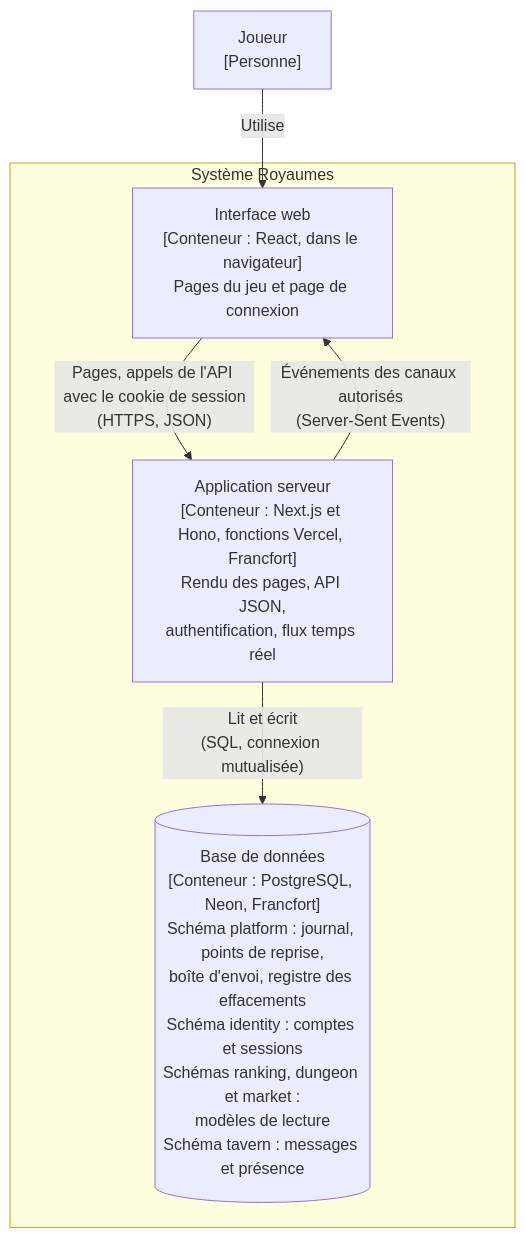
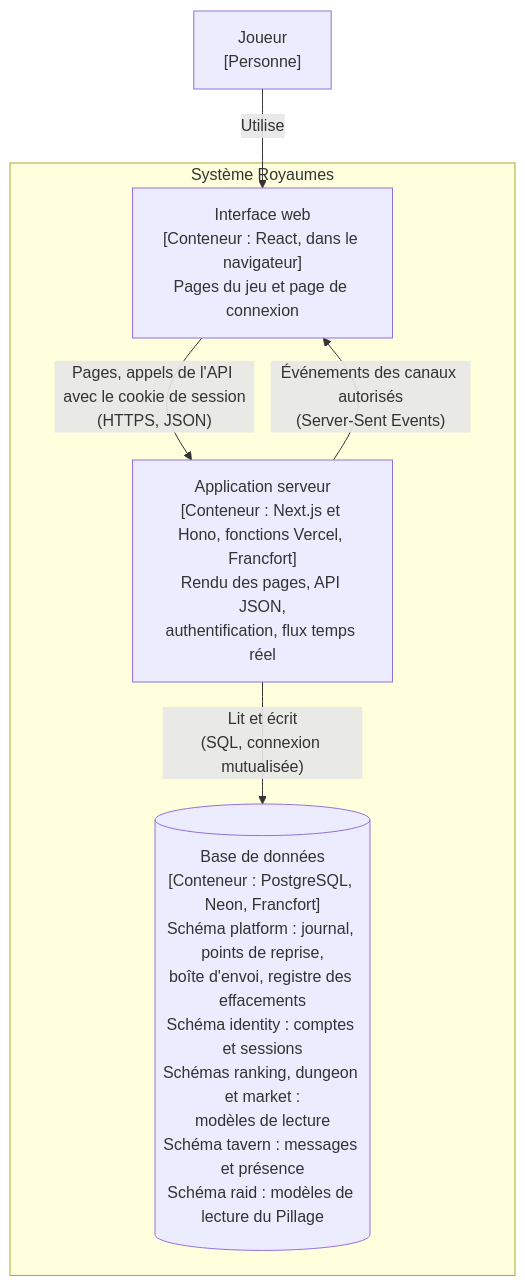
One commit to Samp83/Royaumes-Sami changed the second of 6 diagrams in docs/architecture.md. Above: the diagram before and after it, drawn with Mermaid. The commit also changed other lines of this file and 1 other file, not shown here.

Commit message:
docs: mettre à jour la documentation du Pillage

````diff
--- a/docs/architecture.md
+++ b/docs/architecture.md
@@ -25,13 +25,13 @@
 ```mermaid
 flowchart TB
   joueur["Joueur<br/>[Personne]"]
   subgraph royaumes["Système Royaumes"]
     web["Interface web<br/>[Conteneur : React, dans le navigateur]<br/>Pages du jeu et page de connexion"]
     serveur["Application serveur<br/>[Conteneur : Next.js et Hono, fonctions Vercel, Francfort]<br/>Rendu des pages, API JSON,<br/>authentification, flux temps réel"]
-    base[("Base de données<br/>[Conteneur : PostgreSQL, Neon, Francfort]<br/>Schéma platform : journal, points de reprise,<br/>boîte d'envoi, registre des effacements<br/>Schéma identity : comptes et sessions<br/>Schémas ranking, dungeon et market :<br/>modèles de lecture<br/>Schéma tavern : messages et présence")]
+    base[("Base de données<br/>[Conteneur : PostgreSQL, Neon, Francfort]<br/>Schéma platform : journal, points de reprise,<br/>boîte d'envoi, registre des effacements<br/>Schéma identity : comptes et sessions<br/>Schémas ranking, dungeon et market :<br/>modèles de lecture<br/>Schéma tavern : messages et présence<br/>Schéma raid : modèles de lecture du Pillage")]
   end
   joueur -->|"Utilise"| web
   web -->|"Pages, appels de l'API avec le cookie de session<br/>(HTTPS, JSON)"| serveur
   serveur -->|"Événements des canaux autorisés<br/>(Server-Sent Events)"| web
   serveur -->|"Lit et écrit<br/>(SQL, connexion mutualisée)"| base
 ```
````
